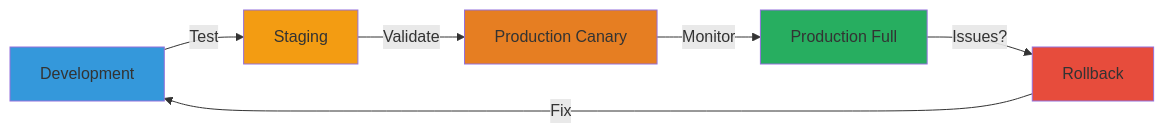
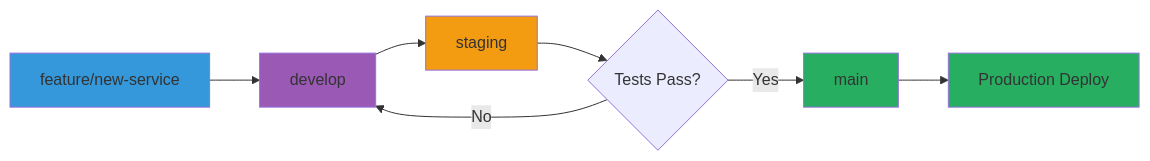
Before and after one commit to Saoudyahya/Flux-gitops-Market-Impact-Analysis-system: the fifth of 6 diagrams in README.md, drawn with Mermaid. The commit also changed other lines of this file, not shown here.

````diff
--- a/README.md
+++ b/README.md
@@ -842,15 +820,15 @@
 ```mermaid
 graph LR
-    A[Development] -->|Test| B[Staging]
-    B -->|Validate| C[Production Canary]
-    C -->|Monitor| D[Production Full]
-    
-    D -->|Issues?| E[Rollback]
-    E -->|Fix| A
+    A[feature/new-service] --> B[develop]
+    B --> C[staging]
+    C --> D{Tests Pass?}
+    D -->|Yes| E[main]
+    D -->|No| B
+    E --> F[Production Deploy]
     
     style A fill:#3498DB
-    style B fill:#F39C12
-    style C fill:#E67E22
-    style D fill:#27AE60
-    style E fill:#E74C3C
+    style B fill:#9B59B6
+    style C fill:#F39C12
+    style E fill:#27AE60
+    style F fill:#27AE60
 ```
````
